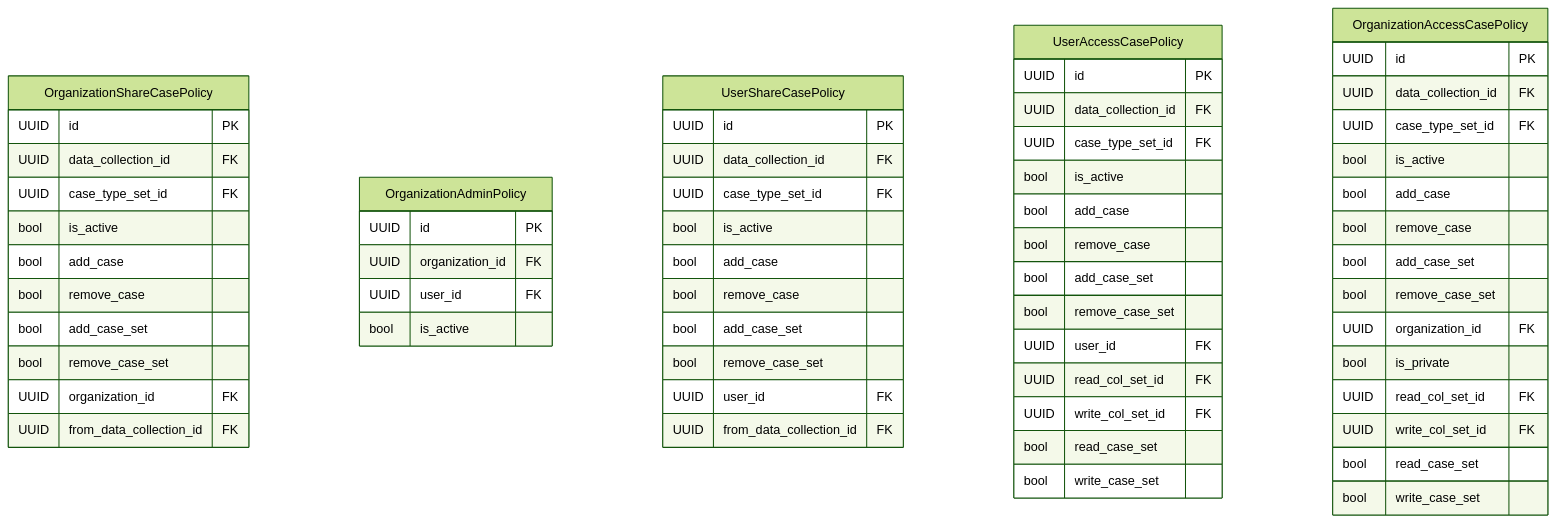
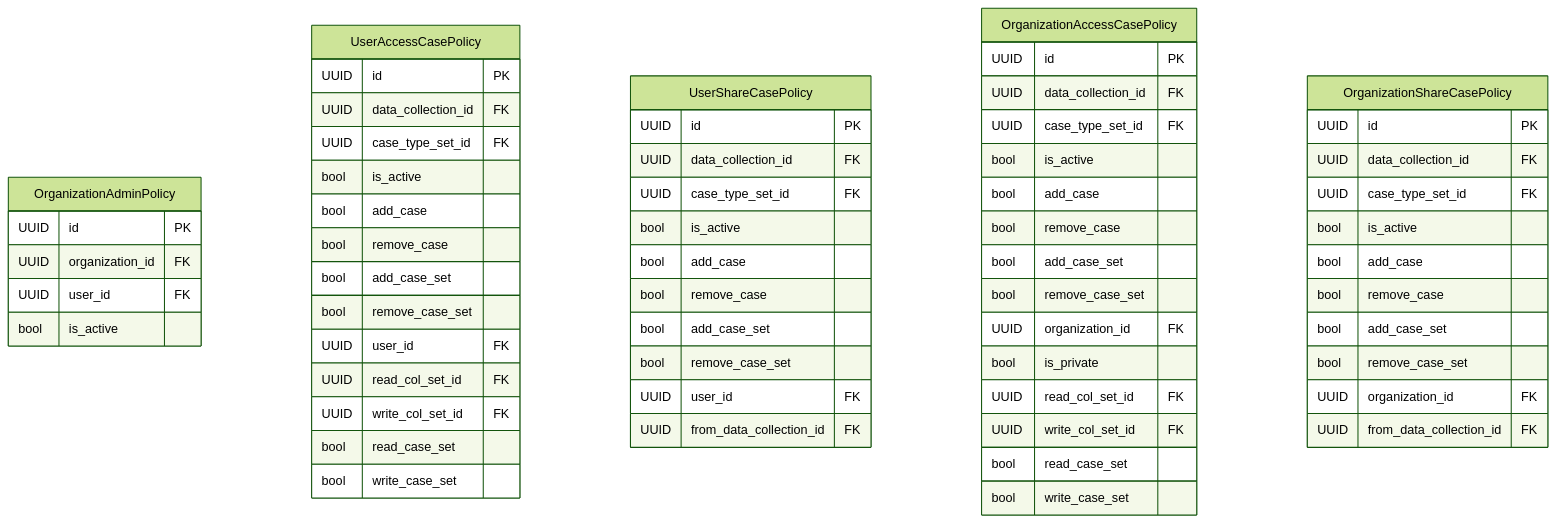
Before and after one commit to RIVM-bioinformatics/gen-epix-api: the diagram in docs/erm/casedb.abac.detailed.md, drawn with Mermaid (forest theme). The commit also changed other lines of this file and 196 other files, not shown here.

````diff
--- a/docs/erm/casedb.abac.detailed.md
+++ b/docs/erm/casedb.abac.detailed.md
@@ -5,72 +5,72 @@
 ```mermaid
 erDiagram
     %% casedb / ABAC (detailed)
 
     %% Entity definitions
-    OrganizationShareCasePolicy {
-        UUID id PK
-        UUID data_collection_id FK
-        UUID case_type_set_id FK
-        bool is_active
-        bool add_case
-        bool remove_case
-        bool add_case_set
-        bool remove_case_set
-        UUID organization_id FK
-        UUID from_data_collection_id FK
-    }
-
     OrganizationAdminPolicy {
         UUID id PK
         UUID organization_id FK
         UUID user_id FK
         bool is_active
-    }
-
-    UserShareCasePolicy {
-        UUID id PK
-        UUID data_collection_id FK
-        UUID case_type_set_id FK
-        bool is_active
-        bool add_case
-        bool remove_case
-        bool add_case_set
-        bool remove_case_set
-        UUID user_id FK
-        UUID from_data_collection_id FK
     }
 
     UserAccessCasePolicy {
         UUID id PK
         UUID data_collection_id FK
         UUID case_type_set_id FK
         bool is_active
         bool add_case
         bool remove_case
         bool add_case_set
         bool remove_case_set
         UUID user_id FK
         UUID read_col_set_id FK
         UUID write_col_set_id FK
         bool read_case_set
         bool write_case_set
+    }
+
+    UserShareCasePolicy {
+        UUID id PK
+        UUID data_collection_id FK
+        UUID case_type_set_id FK
+        bool is_active
+        bool add_case
+        bool remove_case
+        bool add_case_set
+        bool remove_case_set
+        UUID user_id FK
+        UUID from_data_collection_id FK
     }
 
     OrganizationAccessCasePolicy {
         UUID id PK
         UUID data_collection_id FK
         UUID case_type_set_id FK
         bool is_active
         bool add_case
         bool remove_case
         bool add_case_set
         bool remove_case_set
         UUID organization_id FK
         bool is_private
         UUID read_col_set_id FK
         UUID write_col_set_id FK
         bool read_case_set
         bool write_case_set
     }
 
+    OrganizationShareCasePolicy {
+        UUID id PK
+        UUID data_collection_id FK
+        UUID case_type_set_id FK
+        bool is_active
+        bool add_case
+        bool remove_case
+        bool add_case_set
+        bool remove_case_set
+        UUID organization_id FK
+        UUID from_data_collection_id FK
+    }
+
 ```
````
